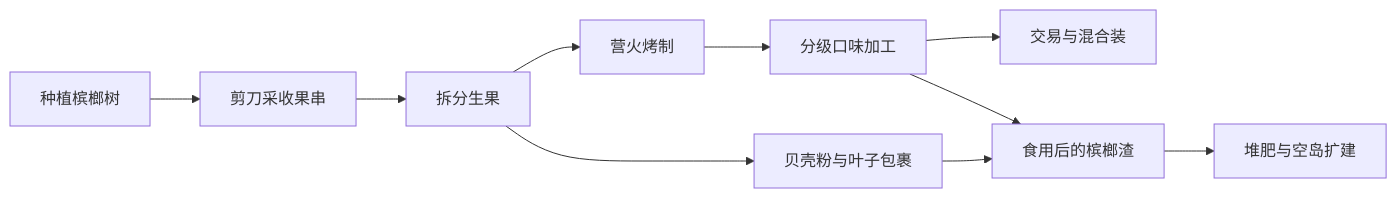
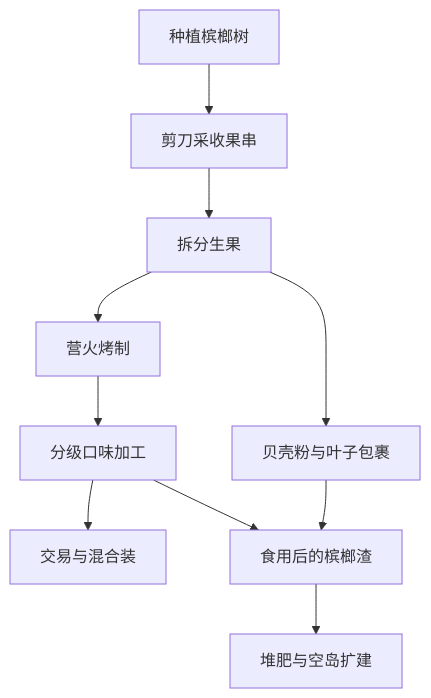
One commit to ikunkk02-afk/Betel-Nut-Mod changed the diagram in README.md. Above: the diagram before and after it, drawn with Mermaid.

Commit message:
docs: make README production diagrams readable at narrow widths

````diff
--- a/README.md
+++ b/README.md
@@ -88,12 +88,12 @@
 ```mermaid
-flowchart LR
+flowchart TB
     A["种植槟榔树"] --> B["剪刀采收果串"]
     B --> C["拆分生果"]
     C --> D["营火烤制"]
     D --> E["分级口味加工"]
     C --> F["贝壳粉与叶子包裹"]
     E --> G["交易与混合装"]
     E --> H["食用后的槟榔渣"]
     F --> H
     H --> I["堆肥与空岛扩建"]
 ```
````
